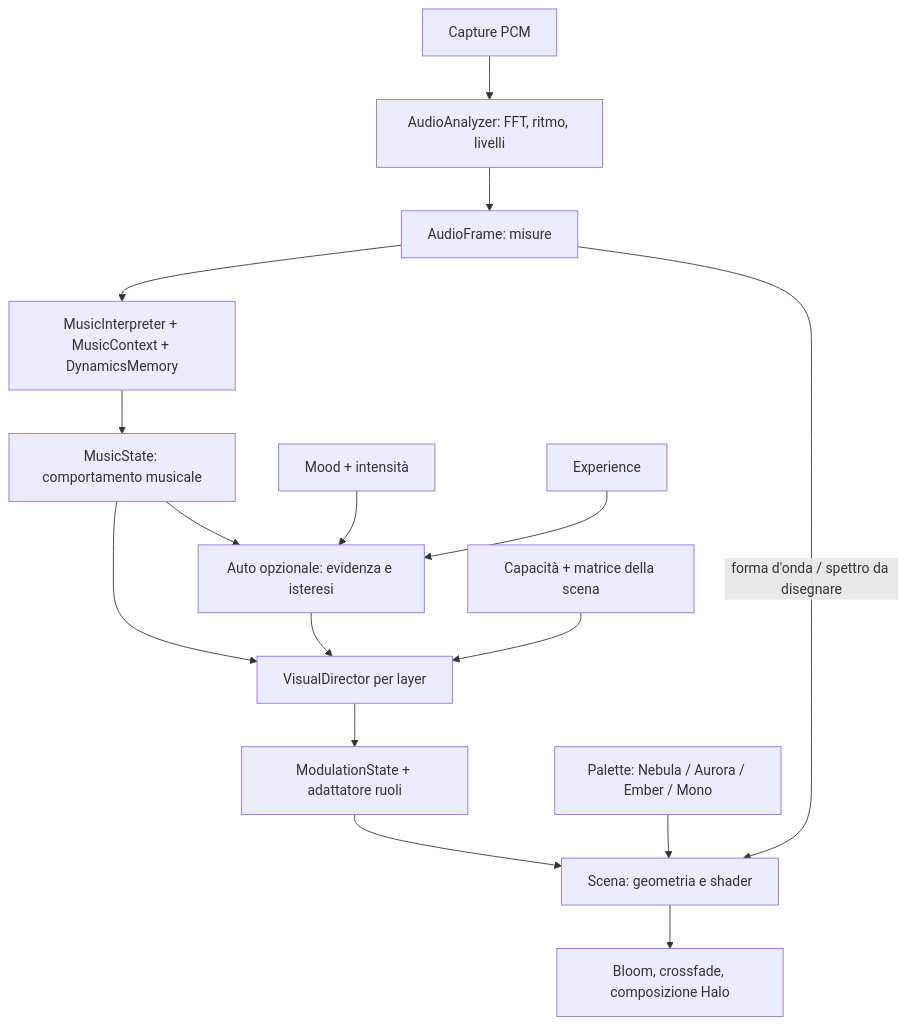
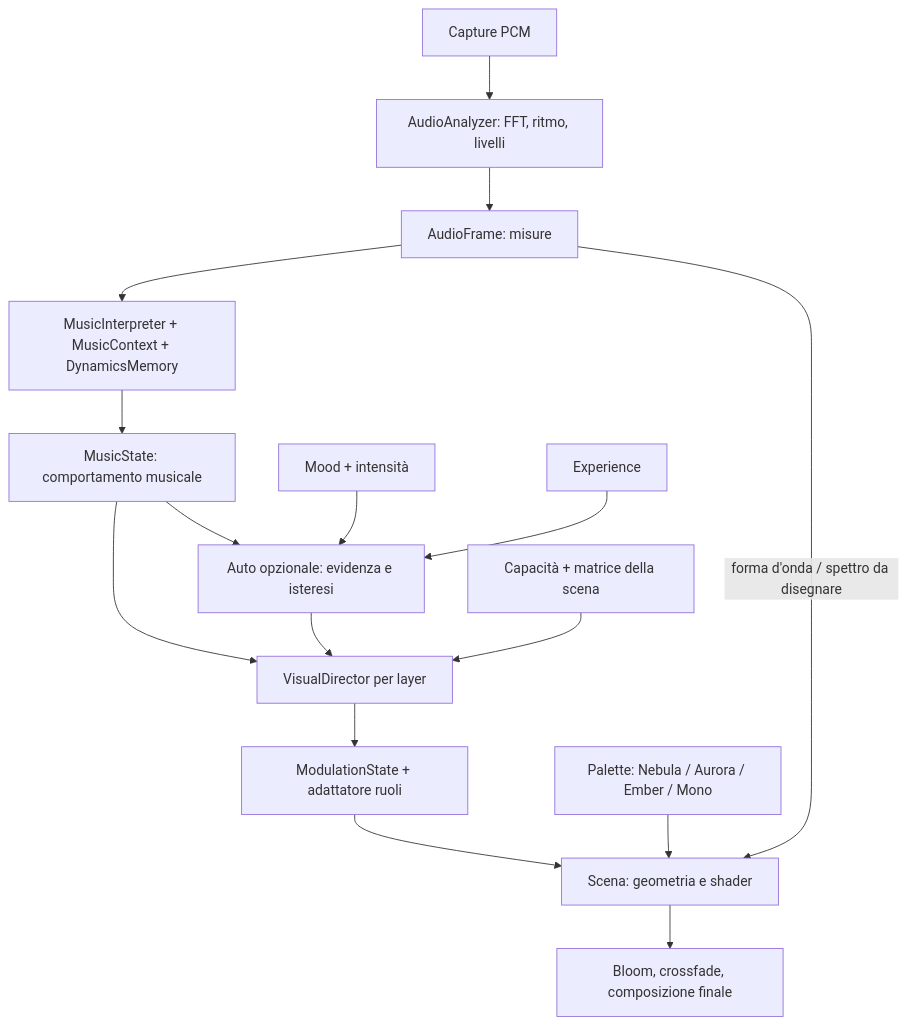
The diagram in docs/visual-director.md (lonelyfrank/euforia-audio-experience), drawn with Mermaid before and after one commit. The commit also changed other lines of this file and 46 other files, not shown here.

````diff
--- a/docs/visual-director.md
+++ b/docs/visual-director.md
@@ -81,18 +81,18 @@
 ```mermaid
 flowchart TD
     Capture[Capture PCM] --> Analyzer[AudioAnalyzer: FFT, ritmo, livelli]
     Analyzer --> AudioFrame[AudioFrame: misure]
     AudioFrame --> Interpreter[MusicInterpreter + MusicContext + DynamicsMemory]
     Interpreter --> State[MusicState: comportamento musicale]
     State --> Auto[Auto opzionale: evidenza e isteresi]
     State --> Director[VisualDirector per layer]
     Mood[Mood + intensità] --> Auto
     Experience[Experience] --> Auto
     Auto --> Director
     Capabilities[Capacità + matrice della scena] --> Director
     Director --> Modulation[ModulationState + adattatore ruoli]
     Modulation --> Scene[Scena: geometria e shader]
     Palette[Palette: Nebula / Aurora / Ember / Mono] --> Scene
     AudioFrame -->|forma d'onda / spettro da disegnare| Scene
-    Scene --> Renderer[Bloom, crossfade, composizione Halo]
+    Scene --> Renderer[Bloom, crossfade, composizione finale]
 ```
````
